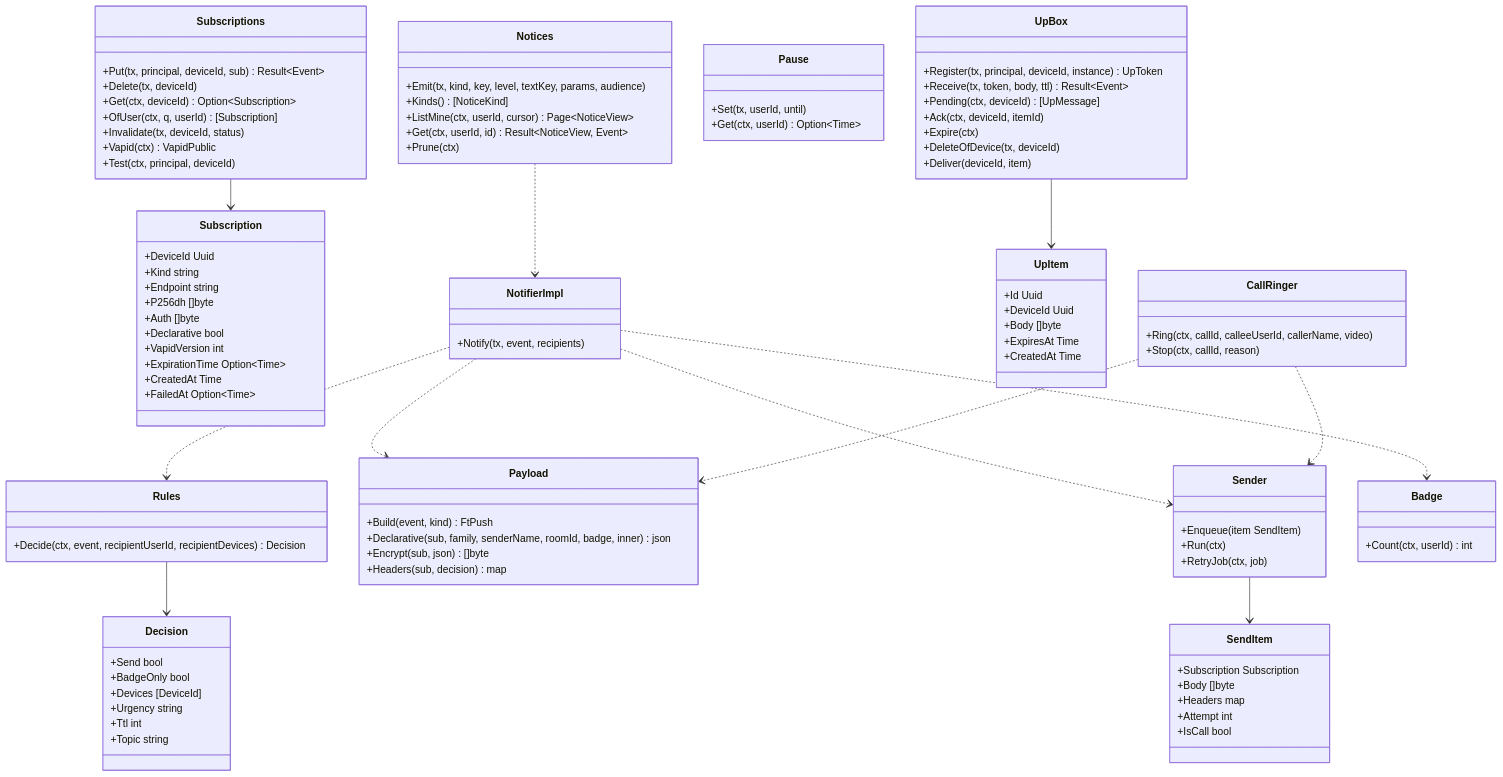
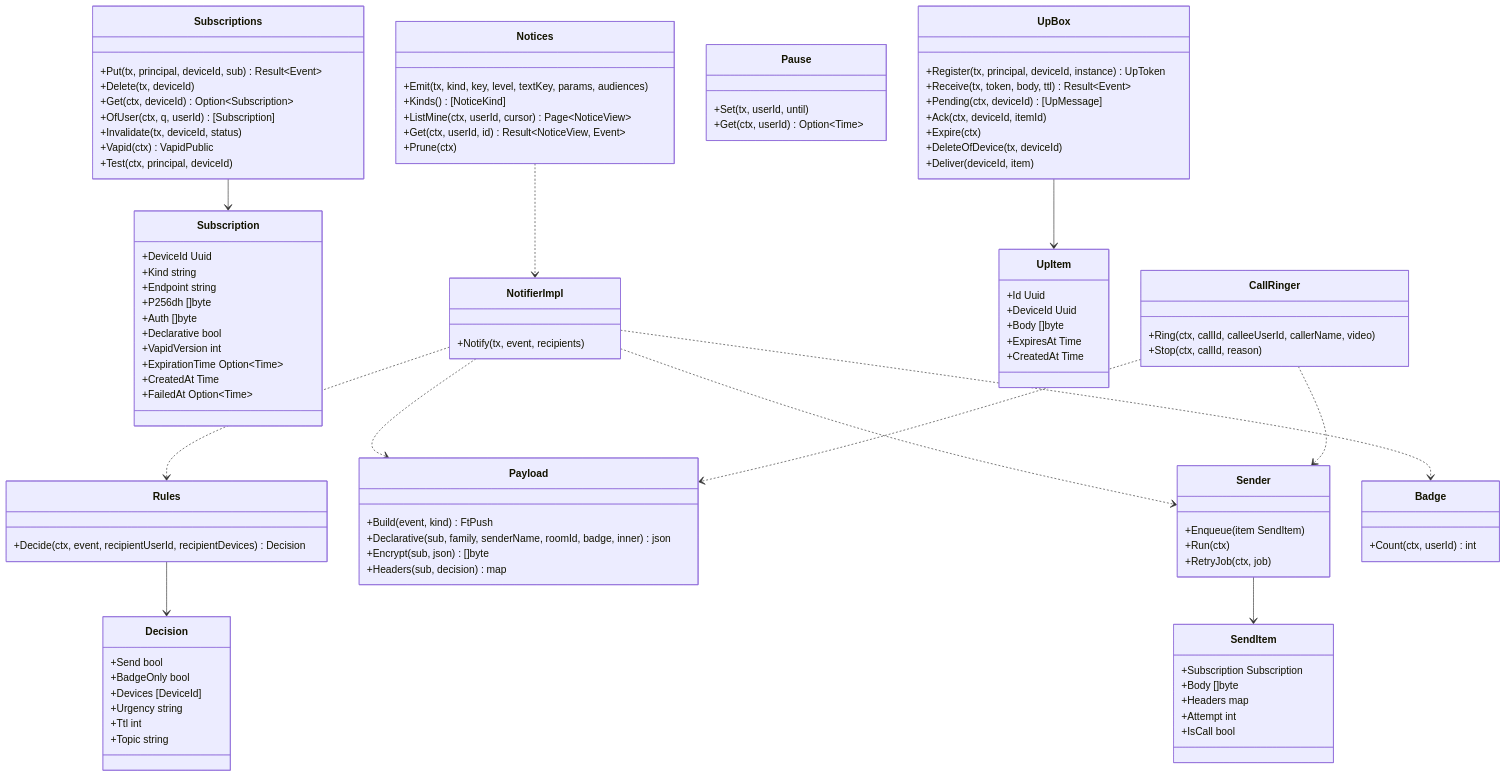
One commit to nrsd-ishikawasou/family-talk-pwa changed the diagram in dev/docs/jp/ブロック/srv-push.md. Above: the diagram before and after it, drawn with Mermaid. The commit also changed other lines of this file and 75 other files, not shown here.

```diff
--- a/dev/docs/jp/ブロック/srv-push.md
+++ b/dev/docs/jp/ブロック/srv-push.md
@@ -128,7 +128,7 @@
     +Get(ctx, userId) Option~Time~
   }
   class Notices {
-    +Emit(tx, kind, key, level, textKey, params, audience)
+    +Emit(tx, kind, key, level, textKey, params, audiences)
     +Kinds() [NoticeKind]
     +ListMine(ctx, userId, cursor) Page~NoticeView~
     +Get(ctx, userId, id) Result~NoticeView, Event~
```
